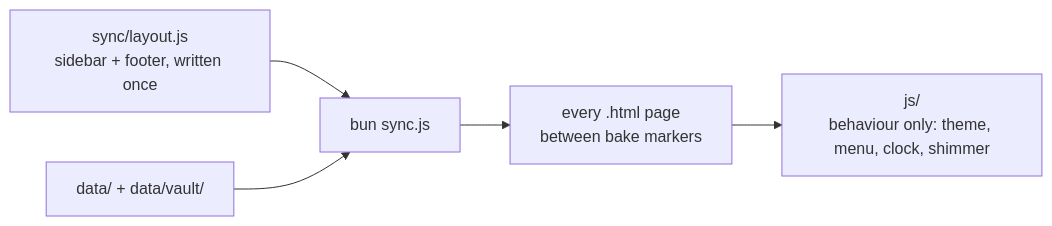
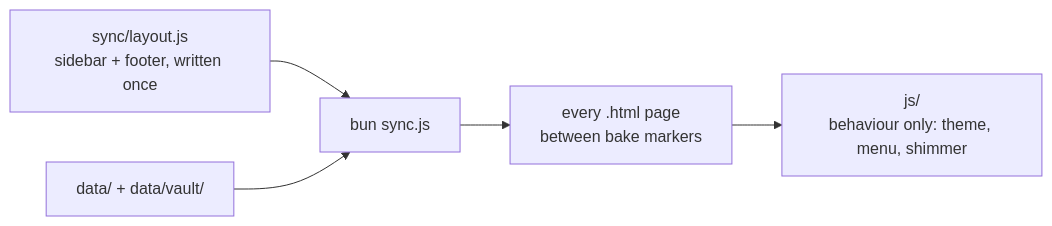
The diagram in README.md (khaosdoctor/personal-website), drawn with Mermaid before and after one commit. The commit also changed other lines of this file and 5 other files, not shown here.

````diff
--- a/README.md
+++ b/README.md
@@ -33,7 +33,7 @@
 ```mermaid
 flowchart LR
   layout["sync/layout.js<br>sidebar + footer, written once"] --> sync["bun sync.js"]
   data["data/ + data/vault/"] --> sync
   sync --> pages["every .html page<br>between bake markers"]
-  pages --> js["js/<br>behaviour only: theme, menu, clock, shimmer"]
+  pages --> js["js/<br>behaviour only: theme, menu, shimmer"]
 ```
````
